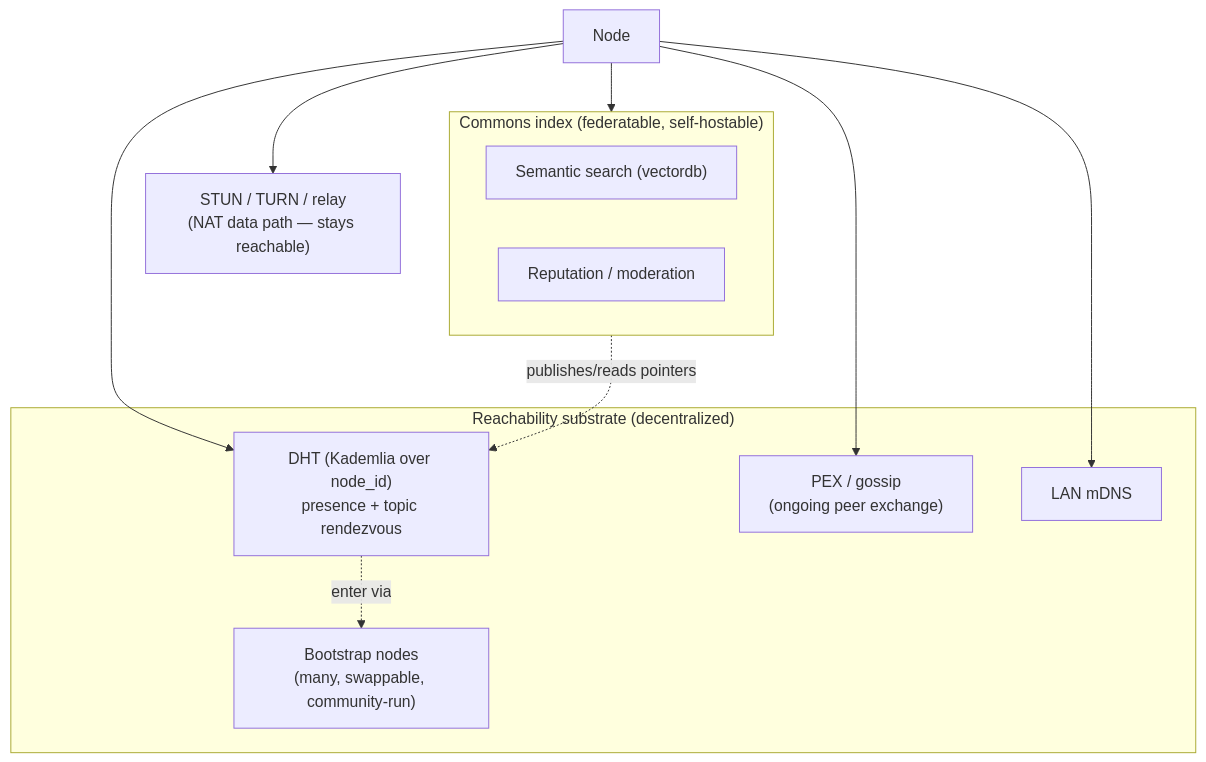
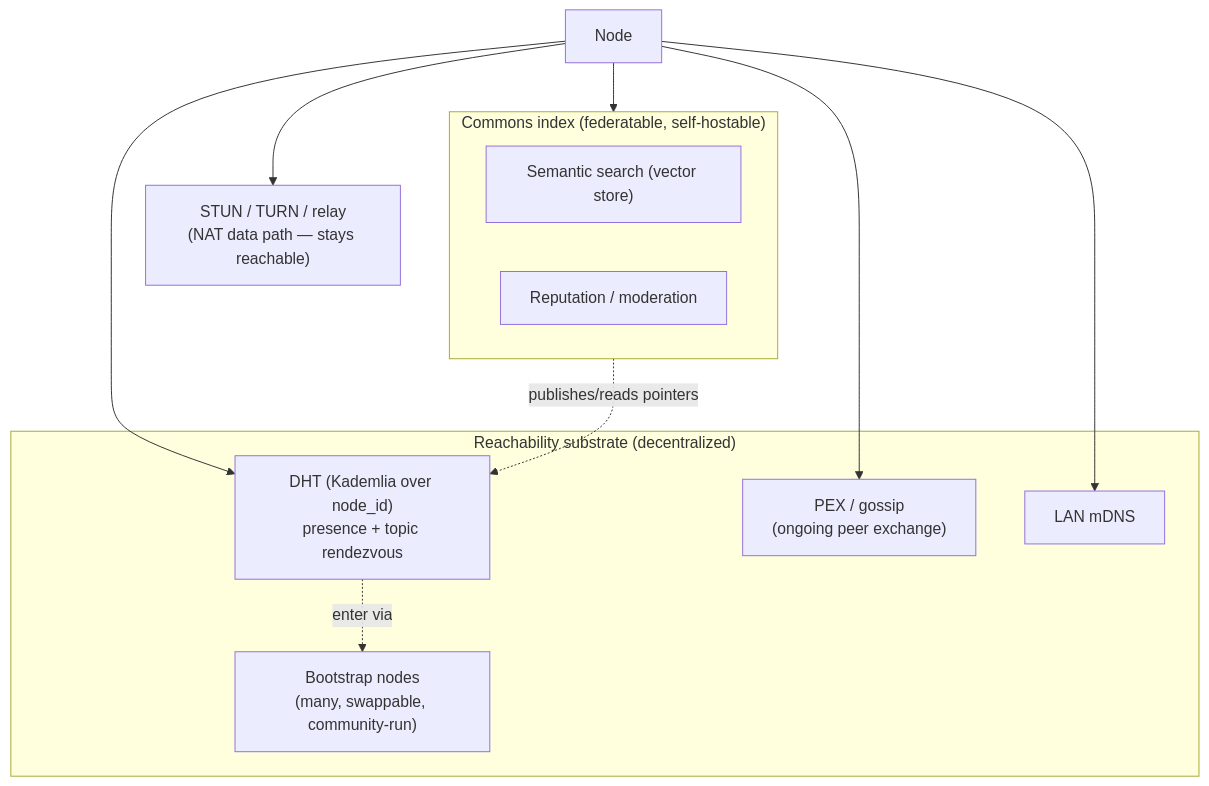
One commit to ConstCorrectness/horrible-dashboard changed the fourth of 5 diagrams in docs/architecture/agent-commons.mdx. Above: the diagram before and after it, drawn with Mermaid. The commit also changed other lines of this file and 56 other files, not shown here.

````diff
--- a/docs/architecture/agent-commons.mdx
+++ b/docs/architecture/agent-commons.mdx
@@ -292,19 +292,19 @@
 ```mermaid
 flowchart TB
     subgraph Substrate["Reachability substrate (decentralized)"]
         DHT2["DHT (Kademlia over node_id)<br/>presence + topic rendezvous"]
         PEX2["PEX / gossip<br/>(ongoing peer exchange)"]
         LAN2["LAN mDNS"]
         BOOT["Bootstrap nodes<br/>(many, swappable, community-run)"]
     end
     subgraph Index["Commons index (federatable, self-hostable)"]
-        SRCH["Semantic search (vectordb)"]
+        SRCH["Semantic search (vector store)"]
         REP2["Reputation / moderation"]
     end
     NAT["STUN / TURN / relay<br/>(NAT data path — stays reachable)"]
     Node["Node"] --> DHT2 & PEX2 & LAN2
     DHT2 -.->|enter via| BOOT
     Node --> Index
     Index -.->|publishes/reads pointers| DHT2
     Node --> NAT
 ```
````
